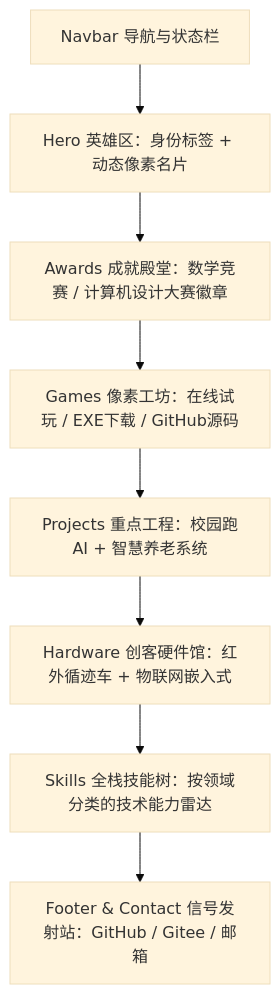
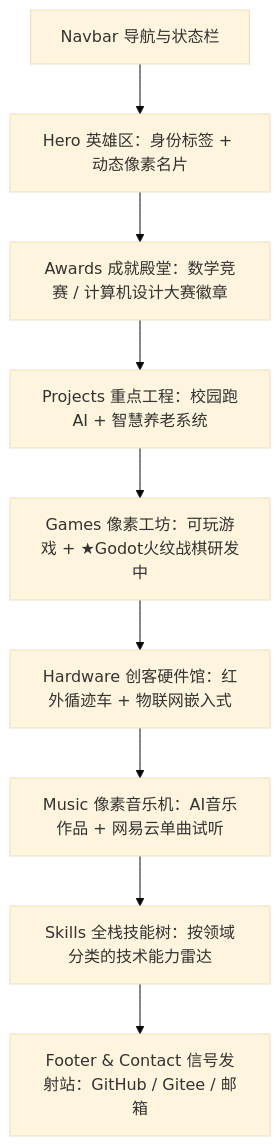
One commit to liliqqtu/liliqqtu.github.io changed the diagram in DESIGN_DOC.md. Above: the diagram before and after it, drawn with Mermaid (base theme). The commit also changed other lines of this file and 7 other files, not shown here.

````diff
--- a/DESIGN_DOC.md
+++ b/DESIGN_DOC.md
@@ -27,10 +27,11 @@
 ```mermaid
 flowchart TD
     A[Navbar 导航与状态栏] --> B[Hero 英雄区：身份标签 + 动态像素名片]
     B --> C[Awards 成就殿堂：数学竞赛 / 计算机设计大赛徽章]
-    C --> D[Games 像素工坊：在线试玩 / EXE下载 / GitHub源码]
-    D --> E[Projects 重点工程：校园跑AI + 智慧养老系统]
+    C --> D[Projects 重点工程：校园跑AI + 智慧养老系统]
+    D --> E[Games 像素工坊：可玩游戏 + ★Godot火纹战棋研发中]
     E --> F[Hardware 创客硬件馆：红外循迹车 + 物联网嵌入式]
-    F --> G[Skills 全栈技能树：按领域分类的技术能力雷达]
-    G --> H[Footer & Contact 信号发射站：GitHub / Gitee / 邮箱]
+    F --> G[Music 像素音乐机：AI音乐作品 + 网易云单曲试听]
+    G --> H[Skills 全栈技能树：按领域分类的技术能力雷达]
+    H --> I[Footer & Contact 信号发射站：GitHub / Gitee / 邮箱]
 ```
````
